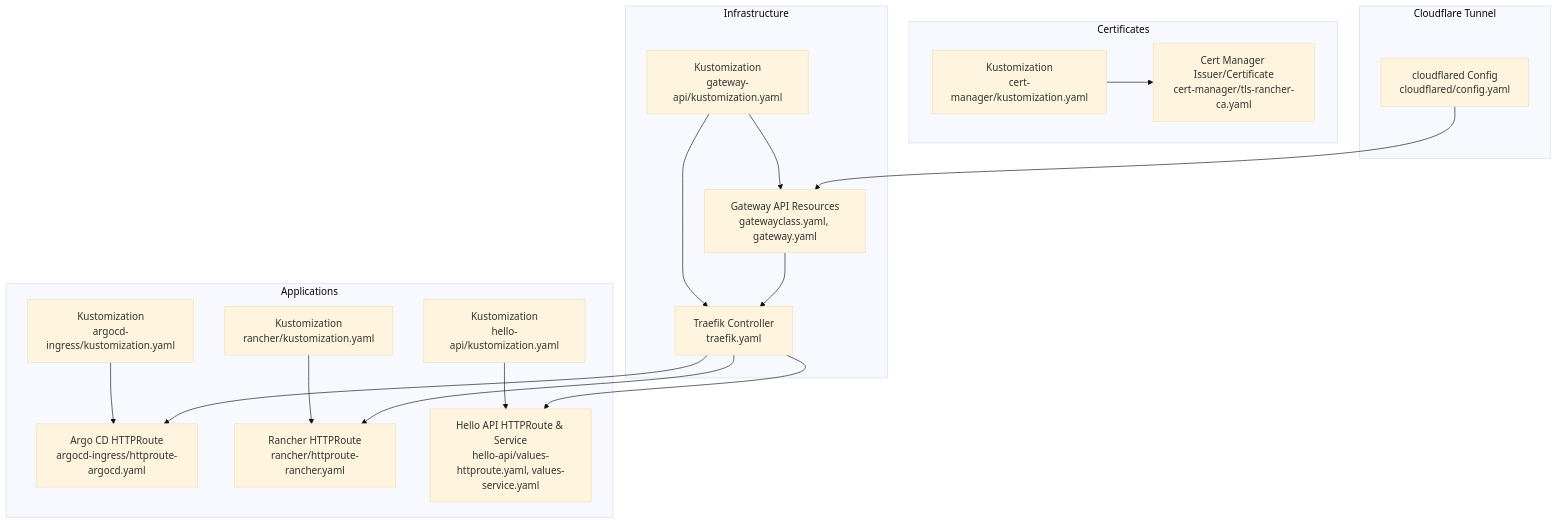
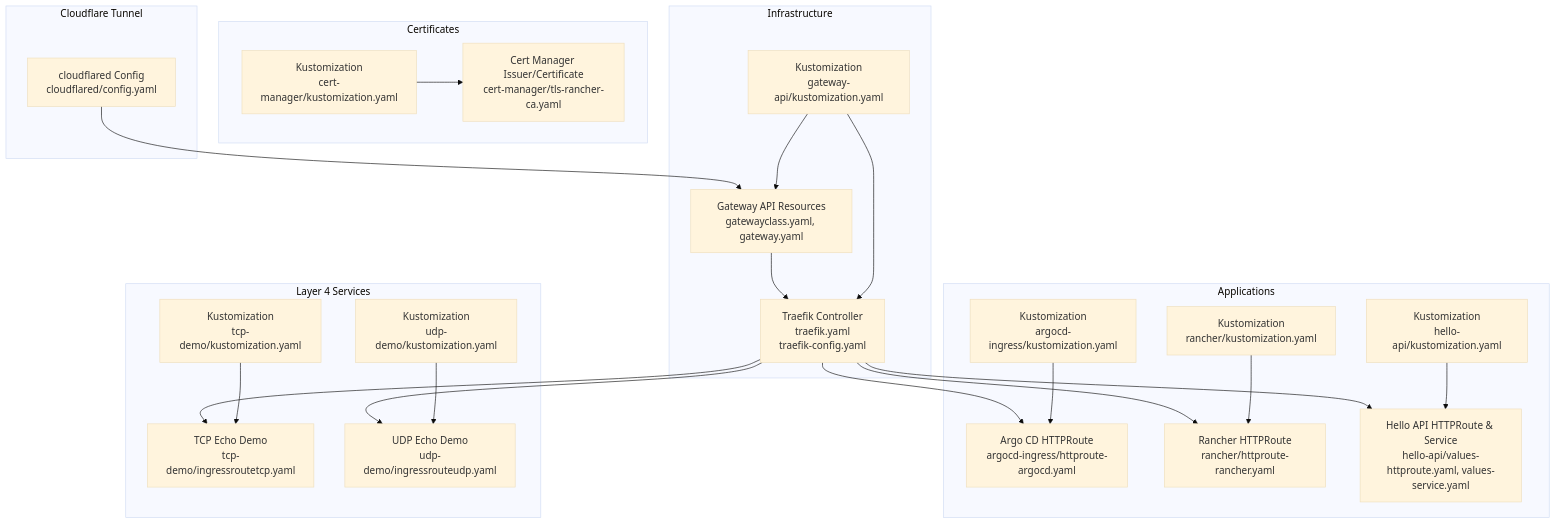
The first of 8 diagrams in .qoder/repowiki/en/content/Advanced Topics/Advanced Networking Configurations.md (Hoangvu75/k8s_manifest), drawn with Mermaid (base theme) before and after one commit. The commit also changed other lines of this file and 7 other files, not shown here.

First line of the commit message:
fix: add Traefik CRDs (IngressRouteTCP, IngressRouteUDP, etc.)

````diff
--- a/.qoder/repowiki/en/content/Advanced Topics/Advanced Networking Configurations.md
+++ b/.qoder/repowiki/en/content/Advanced Topics/Advanced Networking Configurations.md
@@ -43,34 +67,44 @@
 ```mermaid
 graph TB
 subgraph "Infrastructure"
 GA["Gateway API Resources<br/>gatewayclass.yaml, gateway.yaml"]
-TR["Traefik Controller<br/>traefik.yaml"]
+TR["Traefik Controller<br/>traefik.yaml<br/>traefik-config.yaml"]
 KGA["Kustomization<br/>gateway-api/kustomization.yaml"]
 end
 subgraph "Applications"
 ARGO["Argo CD HTTPRoute<br/>argocd-ingress/httproute-argocd.yaml"]
 RANCH["Rancher HTTPRoute<br/>rancher/httproute-rancher.yaml"]
 HELLO["Hello API HTTPRoute & Service<br/>hello-api/values-httproute.yaml, values-service.yaml"]
 KARGO["Kustomization<br/>argocd-ingress/kustomization.yaml"]
 KRANCH["Kustomization<br/>rancher/kustomization.yaml"]
 KHELLO["Kustomization<br/>hello-api/kustomization.yaml"]
+end
+subgraph "Layer 4 Services"
+TCPDEMO["TCP Echo Demo<br/>tcp-demo/ingressroutetcp.yaml"]
+UDPDEMO["UDP Echo Demo<br/>udp-demo/ingressrouteudp.yaml"]
+KTCP["Kustomization<br/>tcp-demo/kustomization.yaml"]
+KUDP["Kustomization<br/>udp-demo/kustomization.yaml"]
 end
 subgraph "Certificates"
 CM["Cert Manager Issuer/Certificate<br/>cert-manager/tls-rancher-ca.yaml"]
 KCM["Kustomization<br/>cert-manager/kustomization.yaml"]
 end
 subgraph "Cloudflare Tunnel"
 CF["cloudflared Config<br/>cloudflared/config.yaml"]
 end
 KGA --> GA
 KGA --> TR
 KARGO --> ARGO
 KRANCH --> RANCH
 KHELLO --> HELLO
+KTCP --> TCPDEMO
+KUDP --> UDPDEMO
 KCM --> CM
 CF --> GA
 GA --> TR
 TR --> ARGO
 TR --> RANCH
 TR --> HELLO
+TR --> TCPDEMO
+TR --> UDPDEMO
 ```
````
